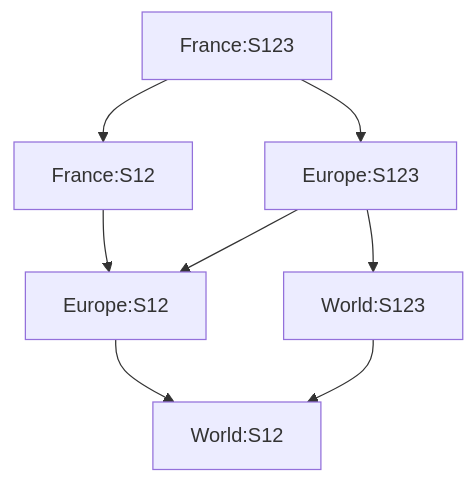
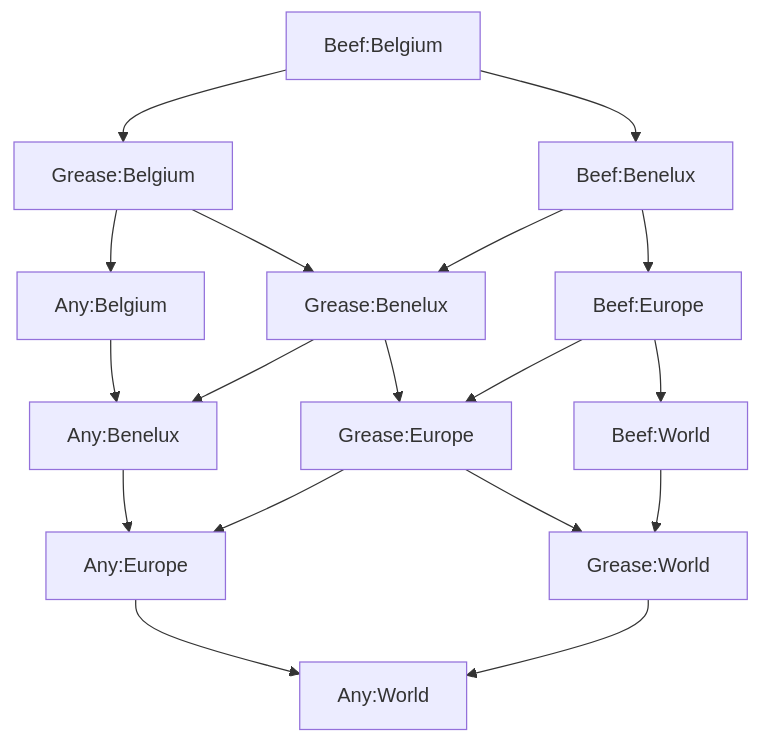
Before and after one commit to CyLuGh/MultiDimensionsHierarchies: the third of 3 diagrams in README.md, drawn with Mermaid. The commit also changed other lines of this file and 12 other files, not shown here.

````diff
--- a/README.md
+++ b/README.md
@@ -195,8 +195,10 @@
 ```mermaid
 flowchart TD
-    France:S123-->Europe:S123-->World:S123
-    France:S123-->France:S12-->Europe:S12
-    Europe:S123-->Europe:S12
-    Europe:S12-->World:S12
-    World:S123-->World:S12
+Beef:Belgium --> Beef:Benelux --> Beef:Europe --> Beef:World
+Grease:Belgium --> Grease:Benelux --> Grease:Europe --> Grease:World
+Any:Belgium --> Any:Benelux --> Any:Europe --> Any:World
+Beef:Belgium --> Grease:Belgium --> Any:Belgium
+Beef:Benelux --> Grease:Benelux --> Any:Benelux
+Beef:Europe --> Grease:Europe --> Any:Europe
+Beef:World --> Grease:World --> Any:World
 ```
````
